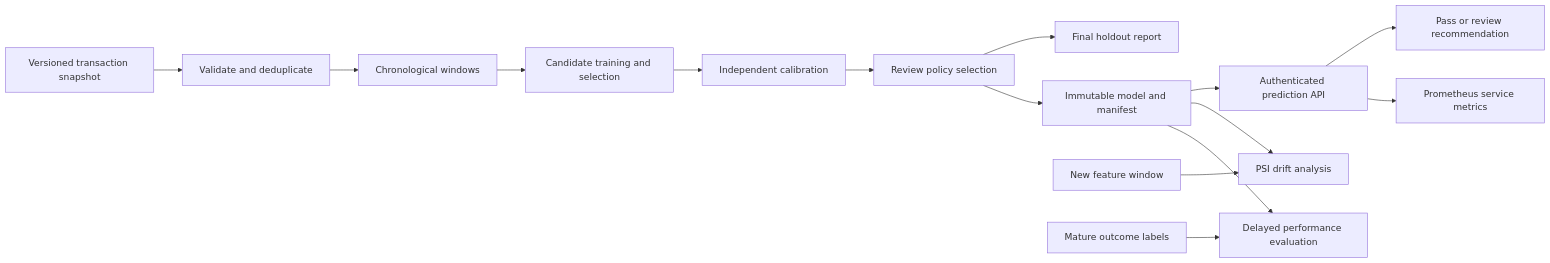
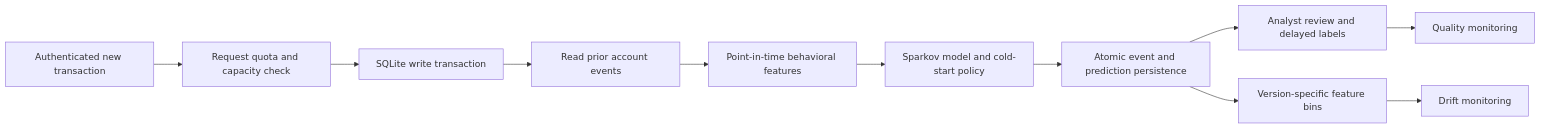
The diagram in docs/ARCHITECTURE.md (naveenvarma999/fraudguard), drawn with Mermaid before and after one commit. The commit also changed other lines of this file and 34 other files, not shown here.

Commit message:
Persist behavioral history and integrate review, monitoring and durable storage

````diff
--- a/docs/ARCHITECTURE.md
+++ b/docs/ARCHITECTURE.md
@@ -3,17 +3,13 @@
 ```mermaid
 flowchart LR
-    A[Versioned transaction snapshot] --> B[Validate and deduplicate]
-    B --> C[Chronological windows]
-    C --> D[Candidate training and selection]
-    D --> E[Independent calibration]
-    E --> F[Review policy selection]
-    F --> G[Final holdout report]
-    F --> H[Immutable model and manifest]
-    H --> I[Authenticated prediction API]
-    I --> J[Pass or review recommendation]
-    I --> K[Prometheus service metrics]
-    L[New feature window] --> M[PSI drift analysis]
-    H --> M
-    N[Mature outcome labels] --> O[Delayed performance evaluation]
-    H --> O
+    A[Authenticated new transaction] --> B[Request quota and capacity check]
+    B --> C[SQLite write transaction]
+    C --> D[Read prior account events]
+    D --> E[Point-in-time behavioral features]
+    E --> F[Sparkov model and cold-start policy]
+    F --> G[Atomic event and prediction persistence]
+    G --> H[Analyst review and delayed labels]
+    G --> I[Version-specific feature bins]
+    H --> J[Quality monitoring]
+    I --> K[Drift monitoring]
 ```
````
